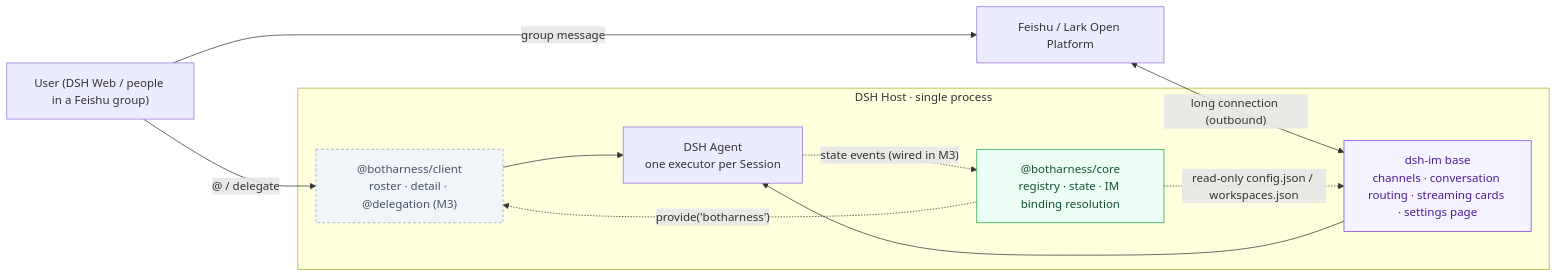
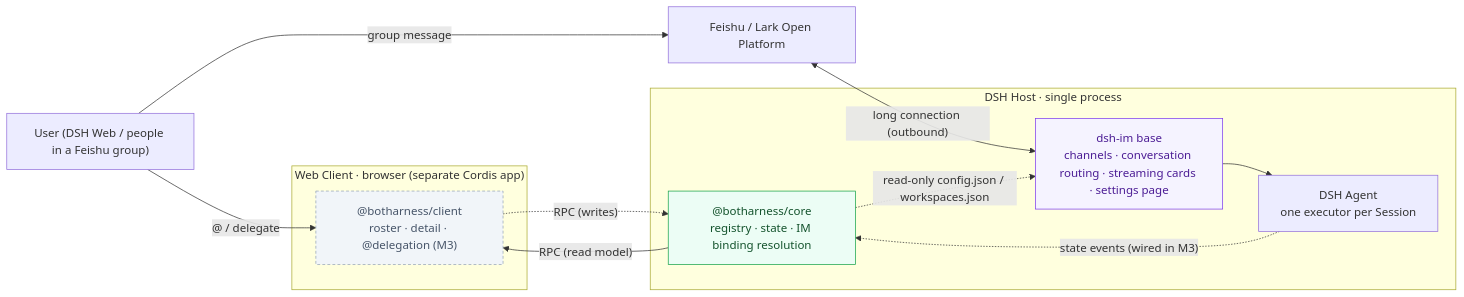
One commit to BotHarness/BotHarness changed the first of 6 diagrams in docs/architecture/botharness-architecture.en.md. Above: the diagram before and after it, drawn with Mermaid. The commit also changed other lines of this file and 39 other files, not shown here.

First line of the commit message:
feat(core)!: DSH conformance — apply(ctx, config), manifest fields; client bridge spec

````diff
--- a/docs/architecture/botharness-architecture.en.md
+++ b/docs/architecture/botharness-architecture.en.md
@@ -11,28 +11,31 @@
 ```mermaid
 flowchart LR
   User["User (DSH Web / people in a Feishu group)"]
   Feishu["Feishu / Lark Open Platform"]
 
   subgraph Host["DSH Host · single process"]
     IM["dsh-im base<br/>channels · conversation routing · streaming cards · settings page"]
     Core["@botharness/core<br/>registry · state · IM binding resolution"]
+    Agent["DSH Agent<br/>one executor per Session"]
+  end
+
+  subgraph Browser["Web Client · browser (separate Cordis app)"]
     Client["@botharness/client<br/>roster · detail · @delegation (M3)"]
-    Agent["DSH Agent<br/>one executor per Session"]
   end
 
   User -->|"@ / delegate"| Client
   User -->|"group message"| Feishu
   Feishu <-->|"long connection (outbound)"| IM
   IM --> Agent
-  Client --> Agent
-  Core -.->|"provide('botharness')"| Client
+  Core -->|"RPC (read model)"| Client
+  Client -.->|"RPC (writes)"| Core
   Core -.->|"read-only config.json / workspaces.json"| IM
   Agent -.->|"state events (wired in M3)"| Core
 
   classDef ours fill:#ecfdf5,stroke:#16a34a,color:#14532d;
   classDef dsh fill:#f5f3ff,stroke:#7c3aed,color:#4c1d95;
   classDef later fill:#f1f5f9,stroke:#94a3b8,color:#475569,stroke-dasharray:4 3;
   class Core ours;
   class IM dsh;
   class Client later;
 ```
````
